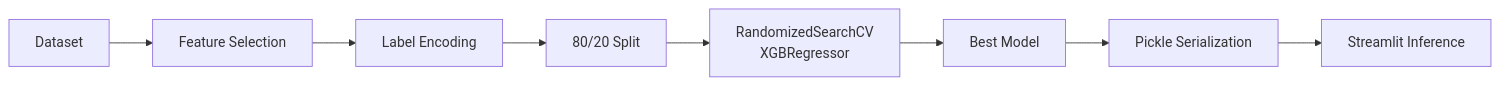
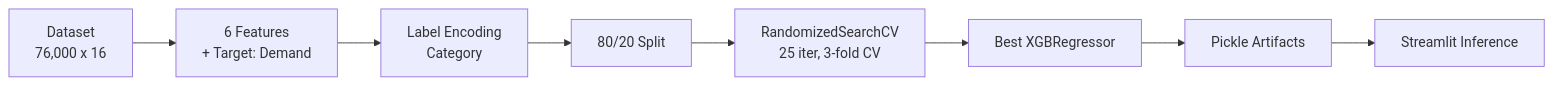
Before and after one commit to harshantla-cloud/DEMAND-FORECASTING-SYSTEM: the third of 3 diagrams in README.md, drawn with Mermaid. The commit also changed other lines of this file, not shown here.

````diff
--- a/README.md
+++ b/README.md
@@ -103,10 +113,10 @@
 ```mermaid
 flowchart LR
-    A[Dataset] --> B[Feature Selection]
-    B --> C[Label Encoding]
-    C --> D[80/20 Split]
-    D --> E[RandomizedSearchCV<br/>XGBRegressor]
-    E --> F[Best Model]
-    F --> G[Pickle Serialization]
-    G --> H[Streamlit Inference]
+    A["Dataset<br/>76,000 x 16"] --> B["6 Features<br/>+ Target: Demand"]
+    B --> C["Label Encoding<br/>Category"]
+    C --> D["80/20 Split"]
+    D --> E["RandomizedSearchCV<br/>25 iter, 3-fold CV"]
+    E --> F["Best XGBRegressor"]
+    F --> G["Pickle Artifacts"]
+    G --> H["Streamlit Inference"]
 ```
````
